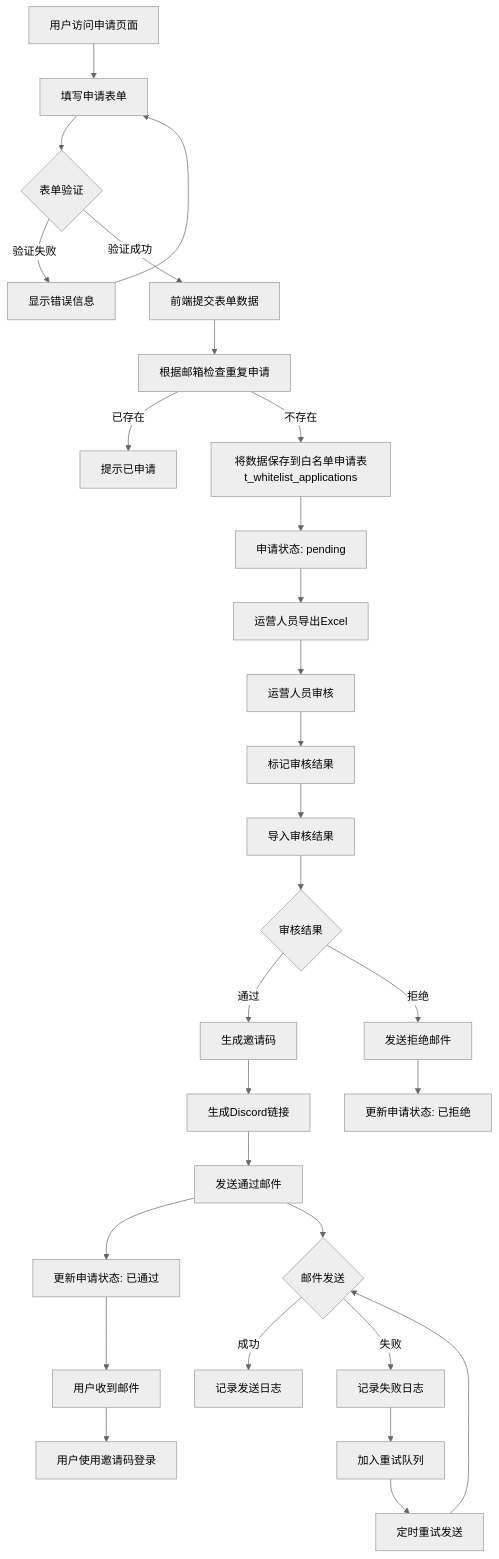
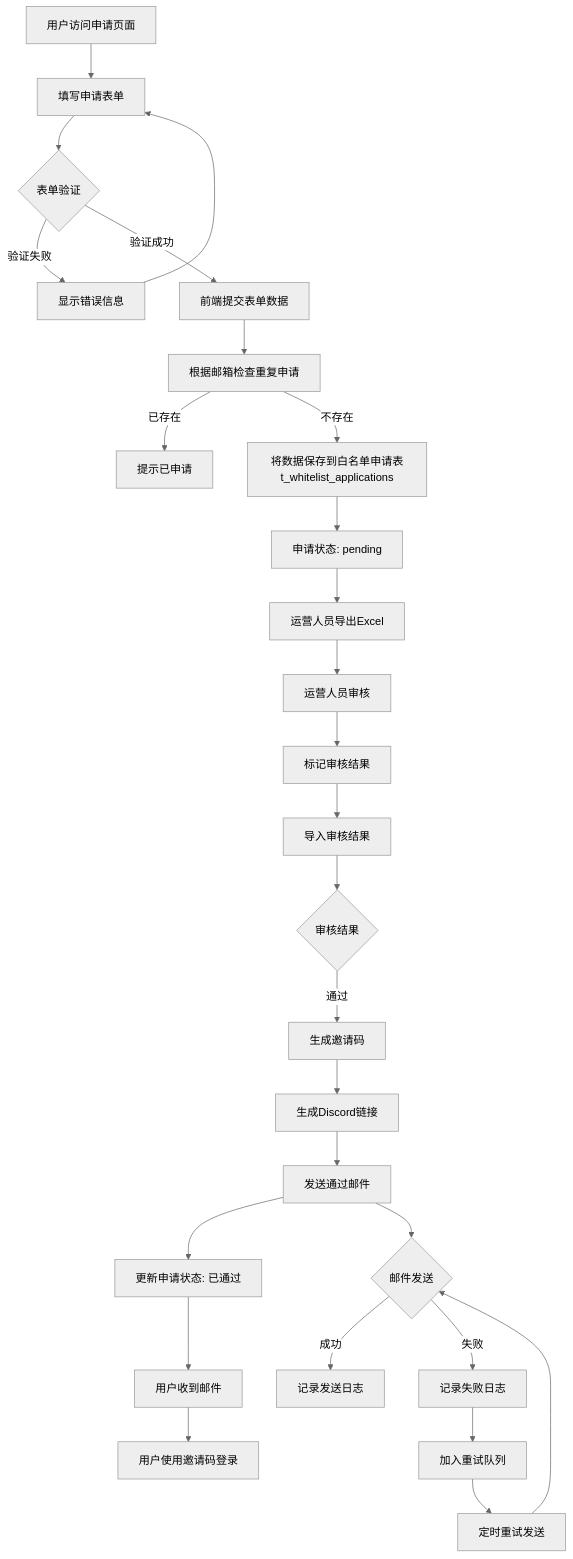
One commit to yingjianzh/iodraw-files changed the diagram in all/未命名-69.md. Above: the diagram before and after it, drawn with Mermaid (neutral theme).

Commit message:
2025-07-03 10:24:29 update

````diff
--- a/all/未命名-69.md
+++ b/all/未命名-69.md
@@ -1,36 +1,35 @@
 ```mermaid
 flowchart TD
     A[用户访问申请页面] --> B[填写申请表单]
     B --> C{表单验证}
     C -->|验证失败| D[显示错误信息]
     D --> B
     C -->|验证成功| E[前端提交表单数据]
     E -->E1[根据邮箱检查重复申请]
     E1 -->|已存在| F[提示已申请]
     E1 -->|不存在| G[将数据保存到白名单申请表t_whitelist_applications]
     G --> H[申请状态: pending]
     
     H --> I[运营人员导出Excel]
     I --> J[运营人员审核]
     J --> K[标记审核结果]
     K --> L[导入审核结果]
     L --> M{审核结果}
     
     M -->|通过| N[生成邀请码]
     N --> O[生成Discord链接]
     O --> P[发送通过邮件]
     P --> Q[更新申请状态: 已通过]
     
-    M -->|拒绝| R[发送拒绝邮件]
-    R --> S[更新申请状态: 已拒绝]
+    
     
     P --> T{邮件发送}
     T -->|成功| U[记录发送日志]
     T -->|失败| V[记录失败日志]
     V --> W[加入重试队列]
     W --> X[定时重试发送]
     X --> T
     
     Q --> Y[用户收到邮件]
     Y --> Z[用户使用邀请码登录]
 ```
````
